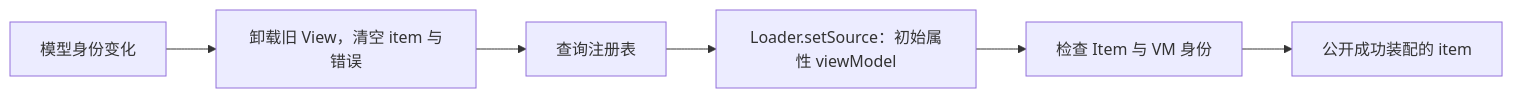
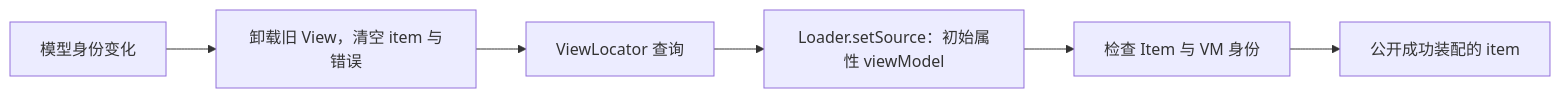
Before and after one commit to soapgu/caliburn-micro-qt: the diagram in docs/ViewHost.md, drawn with Mermaid. The commit also changed other lines of this file and 34 other files, not shown here.

First line of the commit message:
feat(core): 🎸 实现视图约定定位与自动装配

````diff
--- a/docs/ViewHost.md
+++ b/docs/ViewHost.md
@@ -57,8 +43,8 @@
 ```mermaid
 flowchart LR
     Model[模型身份变化] --> Clear[卸载旧 View，清空 item 与错误]
-    Clear --> Resolve[查询注册表]
+    Clear --> Resolve[ViewLocator 查询]
     Resolve --> Load[Loader.setSource：初始属性 viewModel]
     Load --> Check[检查 Item 与 VM 身份]
     Check --> Item[公开成功装配的 item]
 ```
````
